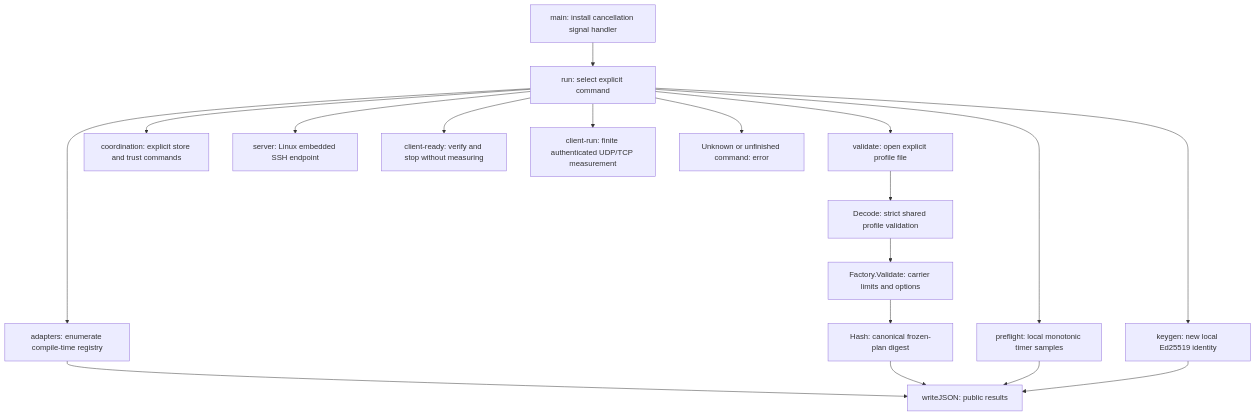
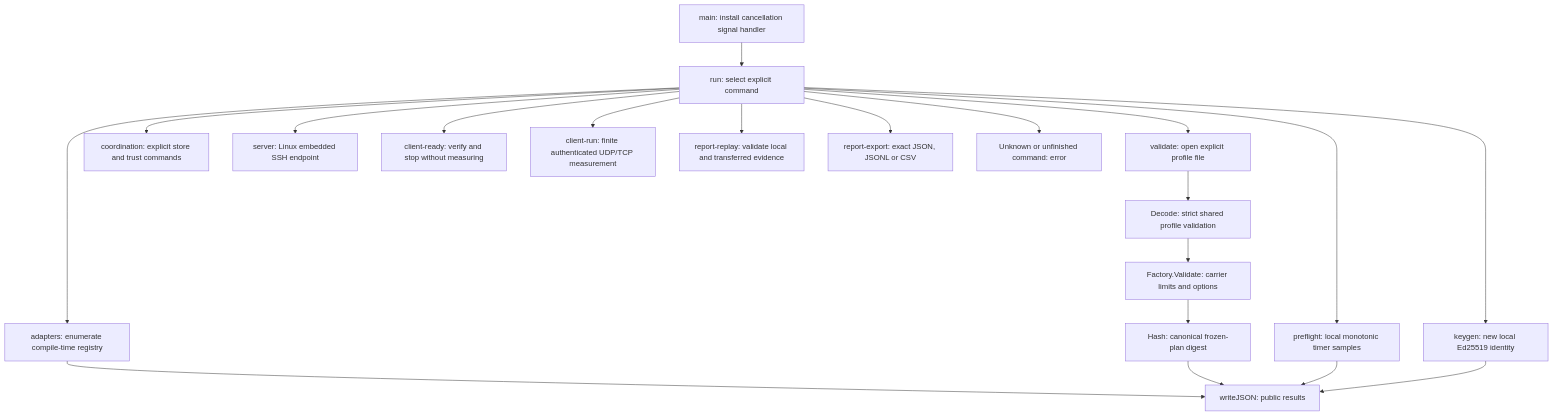
The first of 13 diagrams in FLOWCHART.md (rashidbestry/sneaky-port), drawn with Mermaid before and after one commit. The commit also changed other lines of this file and 17 other files, not shown here.

````diff
--- a/FLOWCHART.md
+++ b/FLOWCHART.md
@@ -7,20 +7,22 @@
 ```mermaid
 flowchart TD
     A[main: install cancellation signal handler] --> B[run: select explicit command]
     B --> C[adapters: enumerate compile-time registry]
     B --> D[validate: open explicit profile file]
     B --> E[preflight: local monotonic timer samples]
     B --> F[keygen: new local Ed25519 identity]
     B --> P[coordination: explicit store and trust commands]
     B --> Q[server: Linux embedded SSH endpoint]
     B --> R[client-ready: verify and stop without measuring]
     B --> V[client-run: finite authenticated UDP/TCP measurement]
+    B --> W[report-replay: validate local and transferred evidence]
+    B --> X[report-export: exact JSON, JSONL or CSV]
     B --> G[Unknown or unfinished command: error]
     C --> H[writeJSON: public results]
     D --> I[Decode: strict shared profile validation]
     I --> J[Factory.Validate: carrier limits and options]
     J --> K[Hash: canonical frozen-plan digest]
     K --> H
     E --> H
     F --> H
 ```
````
